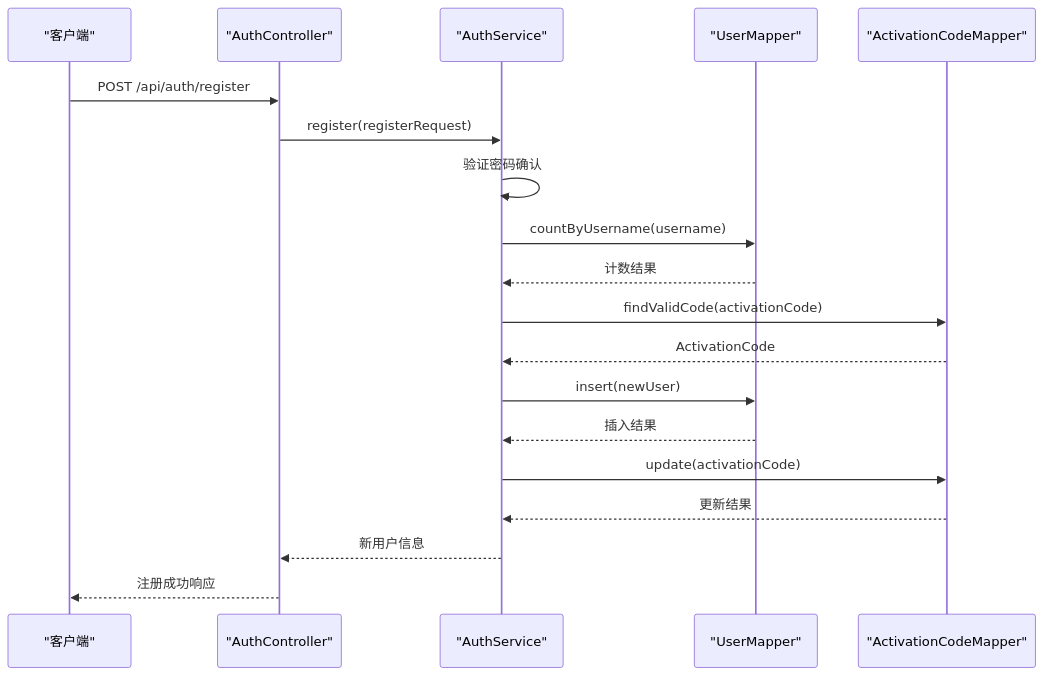
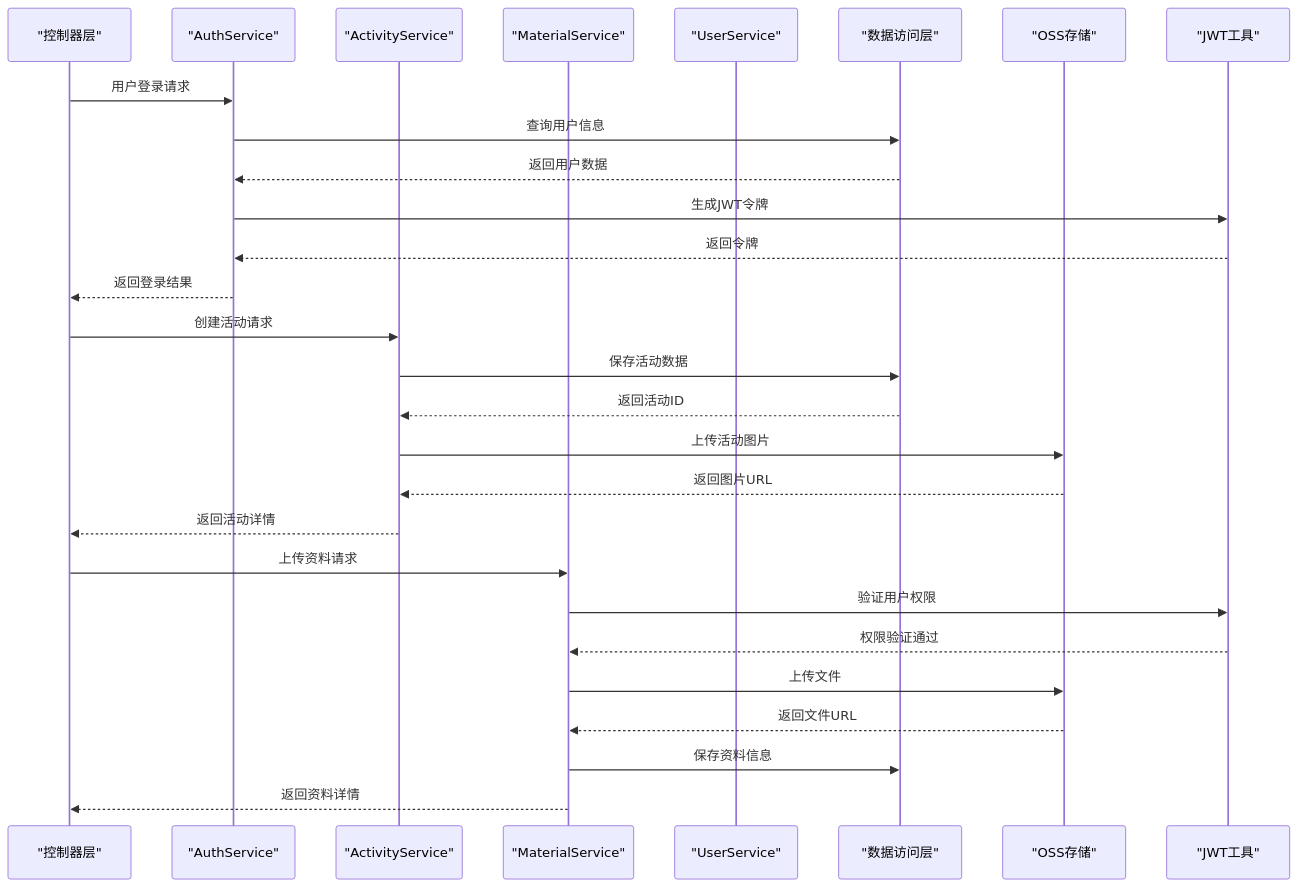
The second of 10 diagrams in .qoder/repowiki/zh/content/业务逻辑层/业务逻辑层.md (Redmoon-2333/HumanResourceOfficial), drawn with Mermaid before and after one commit. The commit also changed other lines of this file and 60 other files, not shown here.

````diff
--- a/.qoder/repowiki/zh/content/业务逻辑层/业务逻辑层.md
+++ b/.qoder/repowiki/zh/content/业务逻辑层/业务逻辑层.md
@@ -158,21 +140,30 @@
 ```mermaid
 sequenceDiagram
-participant Client as "客户端"
-participant AuthController as "AuthController"
+participant Controller as "控制器层"
 participant AuthService as "AuthService"
-participant UserMapper as "UserMapper"
-participant ActivationCodeMapper as "ActivationCodeMapper"
-Client->>AuthController : POST /api/auth/register
-AuthController->>AuthService : register(registerRequest)
-AuthService->>AuthService : 验证密码确认
-AuthService->>UserMapper : countByUsername(username)
-UserMapper-->>AuthService : 计数结果
-AuthService->>ActivationCodeMapper : findValidCode(activationCode)
-ActivationCodeMapper-->>AuthService : ActivationCode
-AuthService->>UserMapper : insert(newUser)
-UserMapper-->>AuthService : 插入结果
-AuthService->>ActivationCodeMapper : update(activationCode)
-ActivationCodeMapper-->>AuthService : 更新结果
-AuthService-->>AuthController : 新用户信息
-AuthController-->>Client : 注册成功响应
+participant ActivityService as "ActivityService"
+participant MaterialService as "MaterialService"
+participant UserService as "UserService"
+participant Mapper as "数据访问层"
+participant OSS as "OSS存储"
+participant JWT as "JWT工具"
+Controller->>AuthService : 用户登录请求
+AuthService->>Mapper : 查询用户信息
+Mapper-->>AuthService : 返回用户数据
+AuthService->>JWT : 生成JWT令牌
+JWT-->>AuthService : 返回令牌
+AuthService-->>Controller : 返回登录结果
+Controller->>ActivityService : 创建活动请求
+ActivityService->>Mapper : 保存活动数据
+Mapper-->>ActivityService : 返回活动ID
+ActivityService->>OSS : 上传活动图片
+OSS-->>ActivityService : 返回图片URL
+ActivityService-->>Controller : 返回活动详情
+Controller->>MaterialService : 上传资料请求
+MaterialService->>JWT : 验证用户权限
+JWT-->>MaterialService : 权限验证通过
+MaterialService->>OSS : 上传文件
+OSS-->>MaterialService : 返回文件URL
+MaterialService->>Mapper : 保存资料信息
+MaterialService-->>Controller : 返回资料详情
 ```
````
